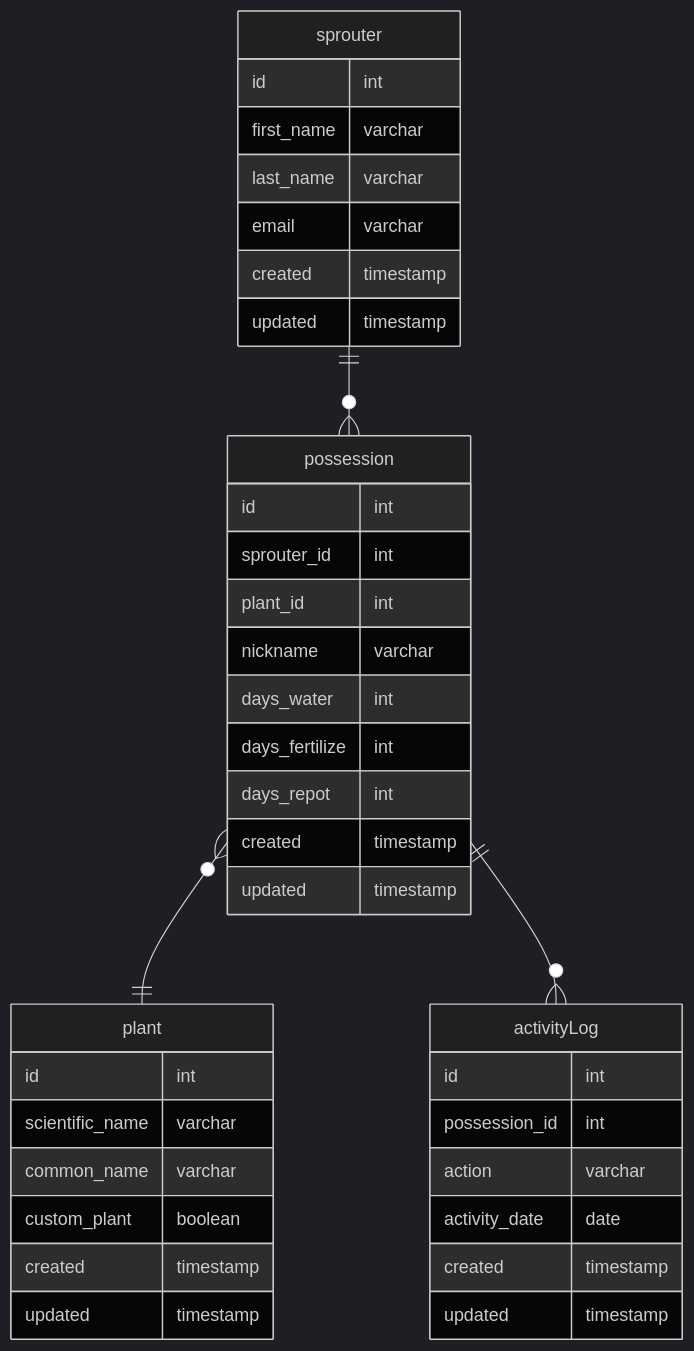
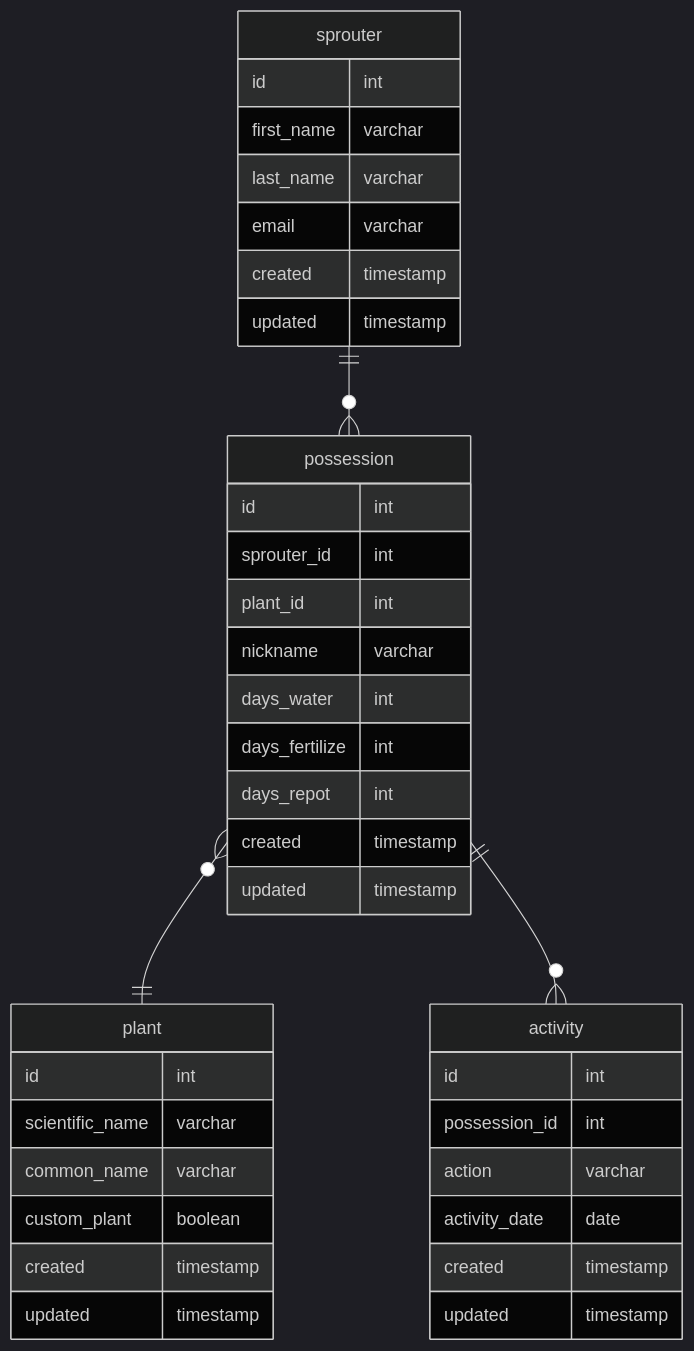
Before and after one commit to michael-lok/sprout: the diagram in docs/brainstorm.md, drawn with Mermaid (dark theme). The commit also changed other lines of this file and 2 other files, not shown here.

Commit message:
activity registered on admin

````diff
--- a/docs/brainstorm.md
+++ b/docs/brainstorm.md
@@ -32,47 +32,47 @@
 ```mermaid
 erDiagram
 
 sprouter {
     id int
     first_name varchar
     last_name varchar
     email varchar
     created timestamp
     updated timestamp
 }
 
 plant {
     id int
     scientific_name varchar
     common_name varchar
     custom_plant boolean
     created timestamp
     updated timestamp
 }
 
 possession {
     id int
     sprouter_id int
     plant_id int
     nickname varchar
     days_water int
     days_fertilize int
     days_repot int
     created timestamp
     updated timestamp
 }
 
-activityLog {
+activity {
     id int
     possession_id int
     action varchar
     activity_date date
     created timestamp
     updated timestamp
 }
 
 
 sprouter ||--o{ possession : ""
 possession }o--|| plant : ""
-possession ||--o{ activityLog : ""
+possession ||--o{ activity : ""
 ```
````
